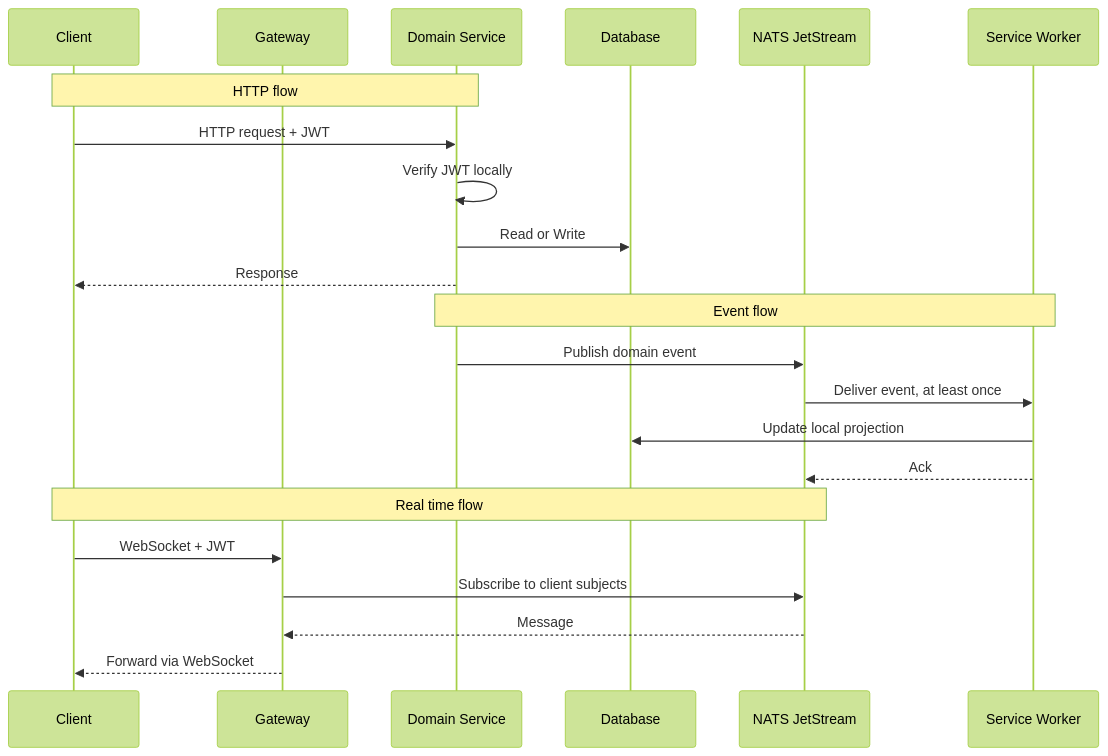
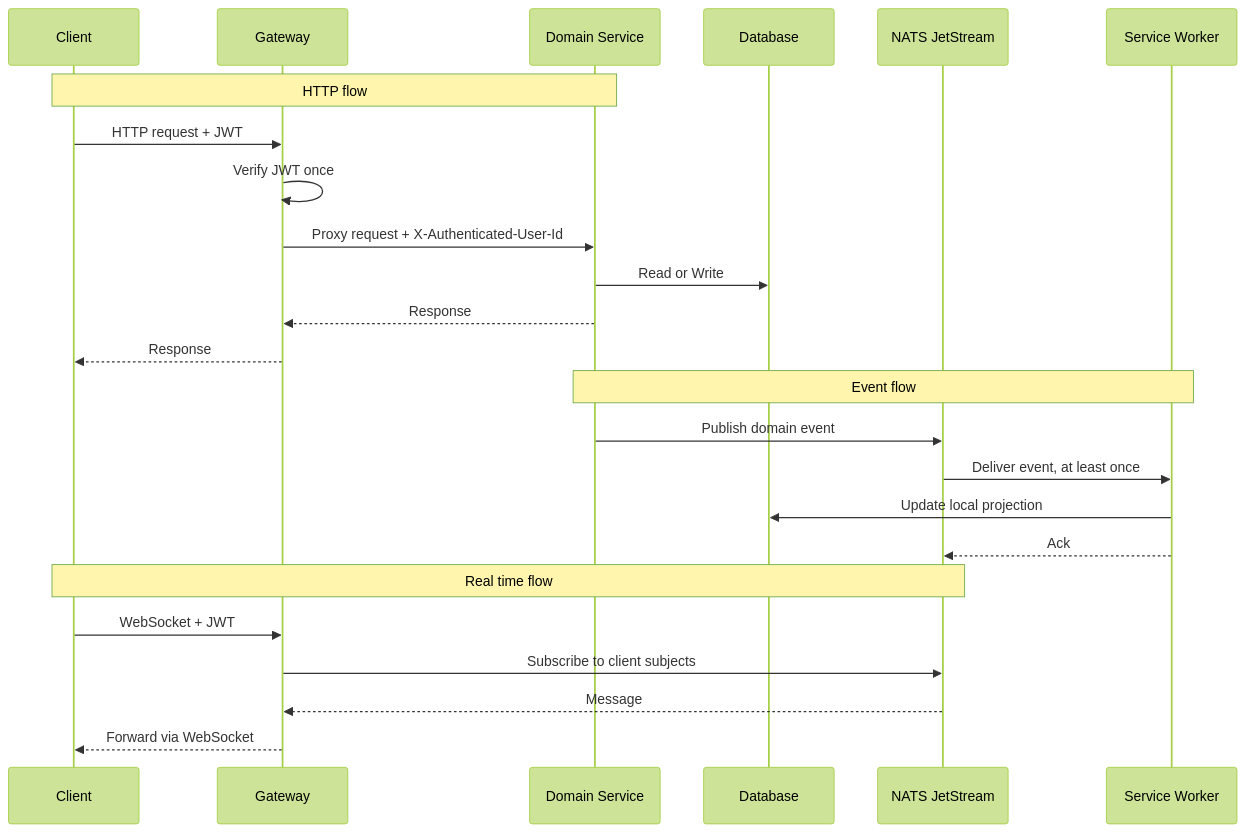
Before and after one commit to cristiangilsanz/qrew: the second of 2 diagrams in docs/api/ARCHITECTURE.md, drawn with Mermaid (forest theme). The commit also changed other lines of this file and 60 other files, not shown here.

````diff
--- a/docs/api/ARCHITECTURE.md
+++ b/docs/api/ARCHITECTURE.md
@@ -79,27 +80,29 @@
 ```mermaid
 sequenceDiagram
     participant C as Client
     participant GW as Gateway
     participant S as Domain Service
     participant DB as Database
     participant NATS as NATS JetStream
     participant W as Service Worker
 
     Note over C,S: HTTP flow
-    C->>S: HTTP request + JWT
-    S->>S: Verify JWT locally
+    C->>GW: HTTP request + JWT
+    GW->>GW: Verify JWT once
+    GW->>S: Proxy request + X-Authenticated-User-Id
     S->>DB: Read or Write
-    S-->>C: Response
+    S-->>GW: Response
+    GW-->>C: Response
 
     Note over S,W: Event flow
     S->>NATS: Publish domain event
     NATS->>W: Deliver event, at least once
     W->>DB: Update local projection
     W-->>NATS: Ack
 
     Note over C,NATS: Real time flow
     C->>GW: WebSocket + JWT
     GW->>NATS: Subscribe to client subjects
     NATS-->>GW: Message
     GW-->>C: Forward via WebSocket
 ```
````
